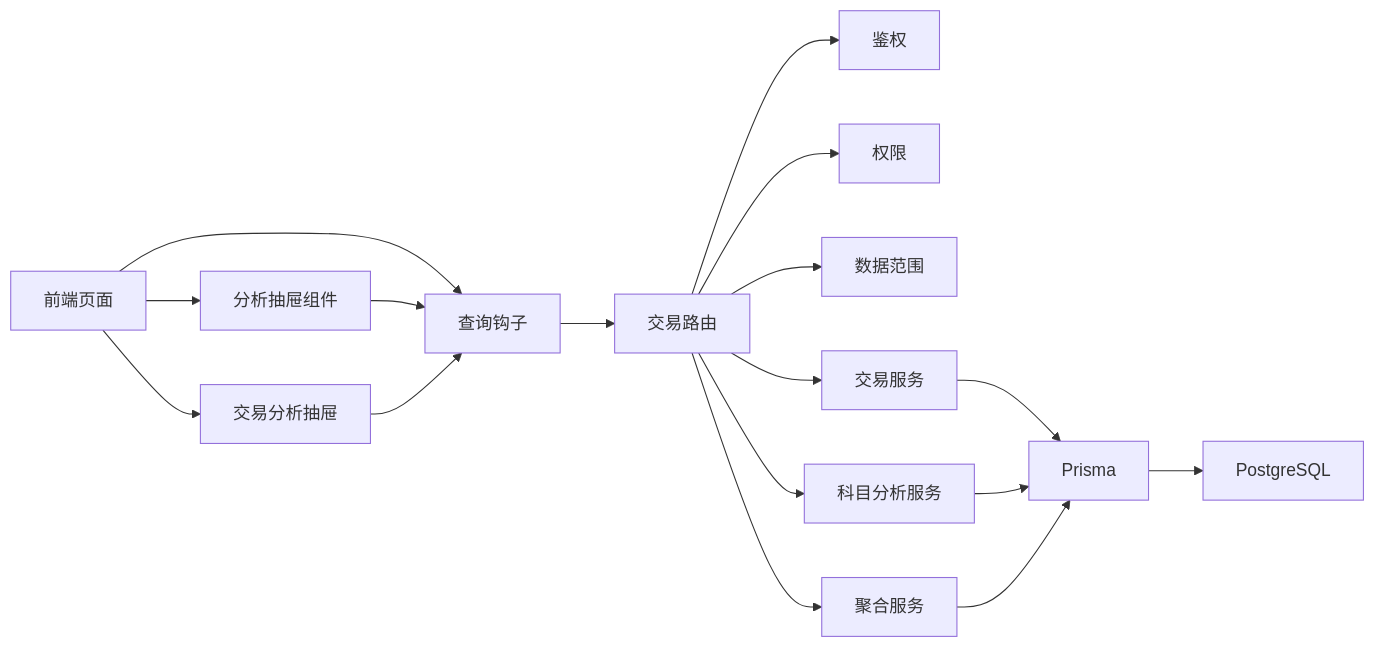
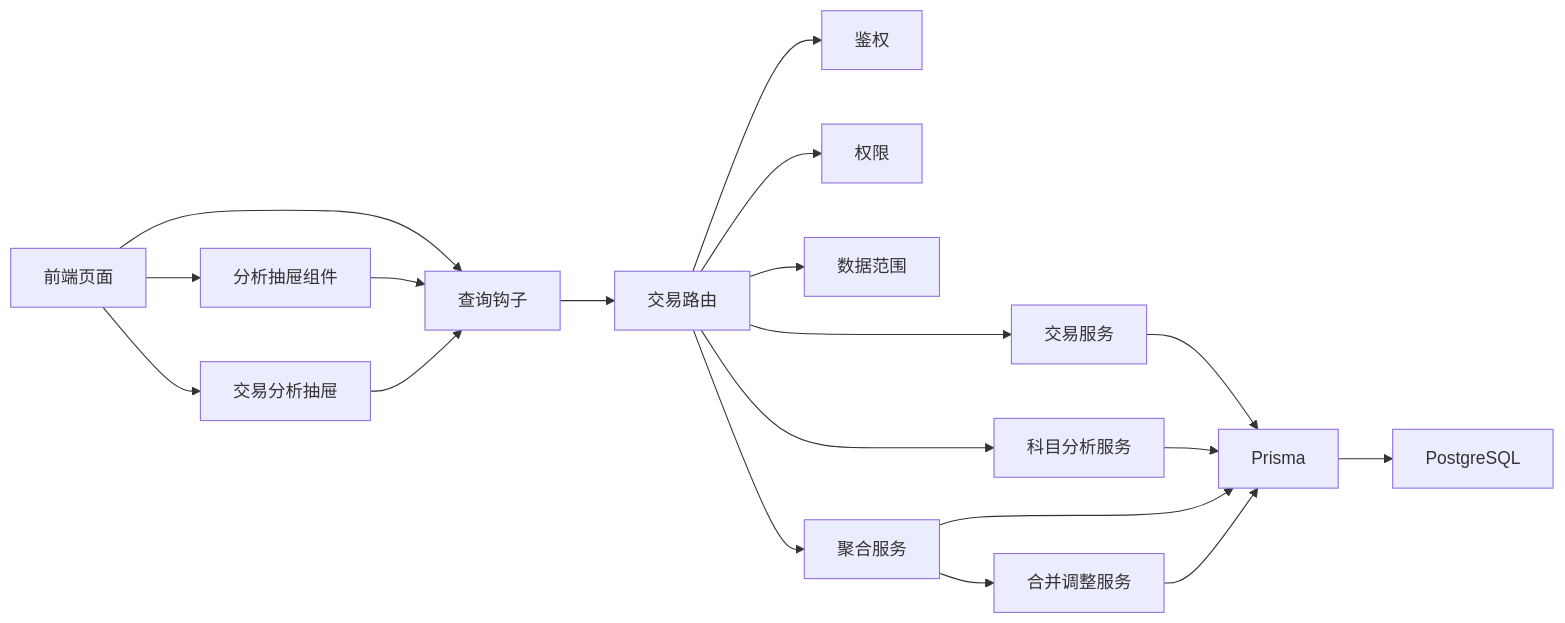
One commit to Damao997/newproject changed diagram 12 of 12 in .qoder/repowiki/zh/content/核心模块/交易分析模块.md. Above: the diagram before and after it, drawn with Mermaid. The commit also changed other lines of this file and 27 other files, not shown here.

````diff
--- a/.qoder/repowiki/zh/content/核心模块/交易分析模块.md
+++ b/.qoder/repowiki/zh/content/核心模块/交易分析模块.md
@@ -570,19 +676,21 @@
 ```mermaid
 graph LR
 FE_Page["前端页面"] --> FE_Drawer["分析抽屉组件"]
 FE_Page --> FE_TxnDrawer["交易分析抽屉"]
 FE_Page --> FE_Hooks["查询钩子"]
 FE_Hooks --> BE_Route["交易路由"]
 FE_Drawer --> FE_Hooks
 FE_TxnDrawer --> FE_Hooks
 BE_Route --> BE_MW_Auth["鉴权"]
 BE_Route --> BE_MW_Permission["权限"]
 BE_Route --> BE_MW_Scope["数据范围"]
 BE_Route --> BE_Service["交易服务"]
 BE_Route --> BE_SubjectSvc["科目分析服务"]
 BE_Route --> BE_AggrSvc["聚合服务"]
+BE_AggrSvc --> BE_ConsSvc["合并调整服务"]
 BE_Service --> BE_Prisma["Prisma"]
 BE_SubjectSvc --> BE_Prisma
 BE_AggrSvc --> BE_Prisma
+BE_ConsSvc --> BE_Prisma
 BE_Prisma --> DB["PostgreSQL"]
 ```
````
